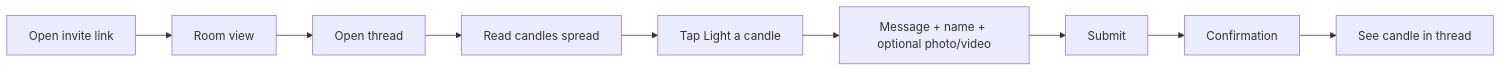
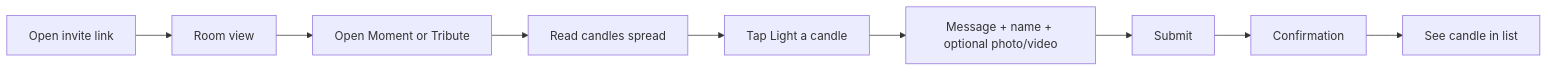
Before and after one commit to finkelll/afterlight: the second of 3 diagrams in _bmad-output/planning-artifacts/ux-design-specification.md, drawn with Mermaid. The commit also changed other lines of this file, not shown here.

````diff
--- a/_bmad-output/planning-artifacts/ux-design-specification.md
+++ b/_bmad-output/planning-artifacts/ux-design-specification.md
@@ -341,11 +341,11 @@
 ```mermaid
 flowchart LR
   A[Open invite link] --> B[Room view]
-  B --> C[Open thread]
+  B --> C[Open Moment or Tribute]
   C --> D[Read candles spread]
   D --> E[Tap Light a candle]
   E --> F[Message + name + optional photo/video]
   F --> G[Submit]
   G --> H[Confirmation]
-  H --> I[See candle in thread]
+  H --> I[See candle in list]
 ```
````
